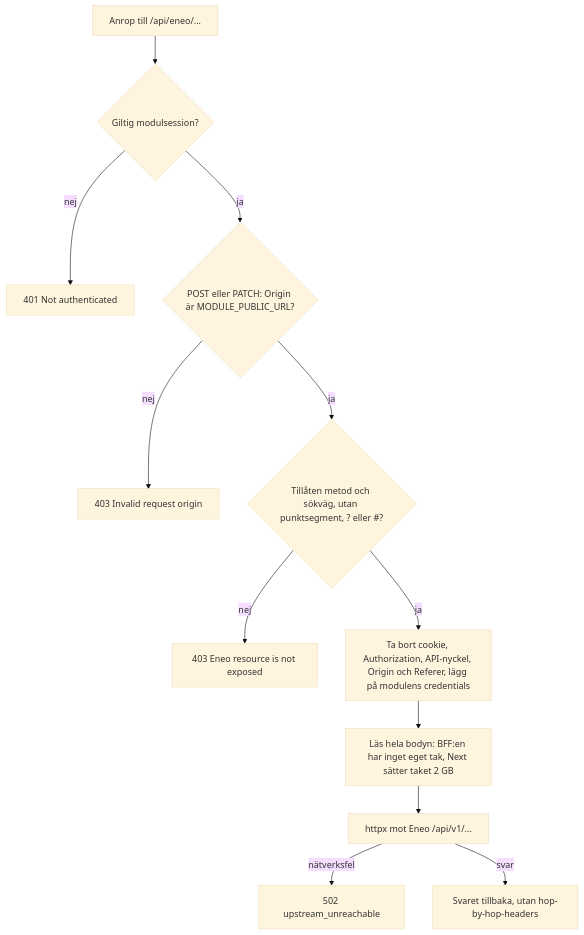
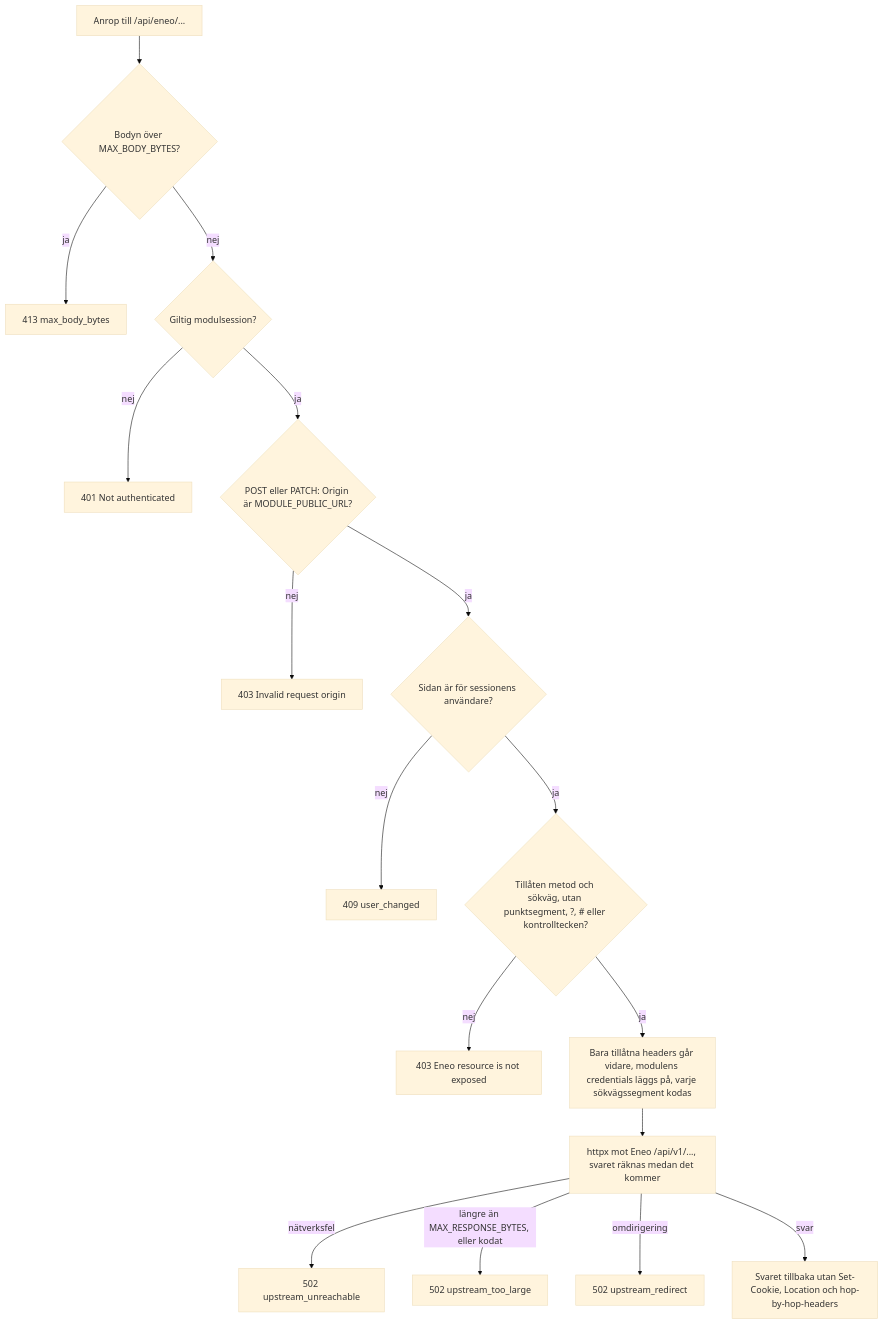
One commit to eneo-ai/eneo-mod-speech-to-text changed the third of 8 diagrams in docs/architecture.md. Above: the diagram before and after it, drawn with Mermaid (base theme). The commit also changed other lines of this file and 6 other files, not shown here.

Commit message:
docs(backend): the hardening is on feat/astryx, so the pending sections fold into the text: limits, bounded Eneo answers, header allowlist, signed-file types, live-socket session end, expected user, tests per property

````diff
--- a/docs/architecture.md
+++ b/docs/architecture.md
@@ -79,14 +79,19 @@
 ```mermaid
 flowchart TD
-    req["Anrop till /api/eneo/..."] --> sess{"Giltig modulsession?"}
+    req["Anrop till /api/eneo/..."] --> cap{"Bodyn över MAX_BODY_BYTES?"}
+    cap -->|"ja"| r413["413 max_body_bytes"]
+    cap -->|"nej"| sess{"Giltig modulsession?"}
     sess -->|"nej"| r401["401 Not authenticated"]
     sess -->|"ja"| org{"POST eller PATCH: Origin är MODULE_PUBLIC_URL?"}
     org -->|"nej"| r403a["403 Invalid request origin"]
-    org -->|"ja"| route{"Tillåten metod och sökväg, utan punktsegment, ? eller #?"}
+    org -->|"ja"| user{"Sidan är för sessionens användare?"}
+    user -->|"nej"| r409["409 user_changed"]
+    user -->|"ja"| route{"Tillåten metod och sökväg, utan punktsegment, ?, # eller kontrolltecken?"}
     route -->|"nej"| r403b["403 Eneo resource is not exposed"]
-    route -->|"ja"| hdr["Ta bort cookie, Authorization, API-nyckel, Origin och Referer, lägg på modulens credentials"]
-    hdr --> body["Läs hela bodyn: BFF:en har inget eget tak, Next sätter taket 2 GB"]
-    body --> up["httpx mot Eneo /api/v1/..."]
-    up -->|"nätverksfel"| r502["502 upstream_unreachable"]
-    up -->|"svar"| resp["Svaret tillbaka, utan hop-by-hop-headers"]
+    route -->|"ja"| hdr["Bara tillåtna headers går vidare, modulens credentials läggs på, varje sökvägssegment kodas"]
+    hdr --> up["httpx mot Eneo /api/v1/..., svaret räknas medan det kommer"]
+    up -->|"nätverksfel"| r502a["502 upstream_unreachable"]
+    up -->|"längre än MAX_RESPONSE_BYTES, eller kodat"| r502b["502 upstream_too_large"]
+    up -->|"omdirigering"| r502c["502 upstream_redirect"]
+    up -->|"svar"| resp["Svaret tillbaka utan Set-Cookie, Location och hop-by-hop-headers"]
 ```
````
